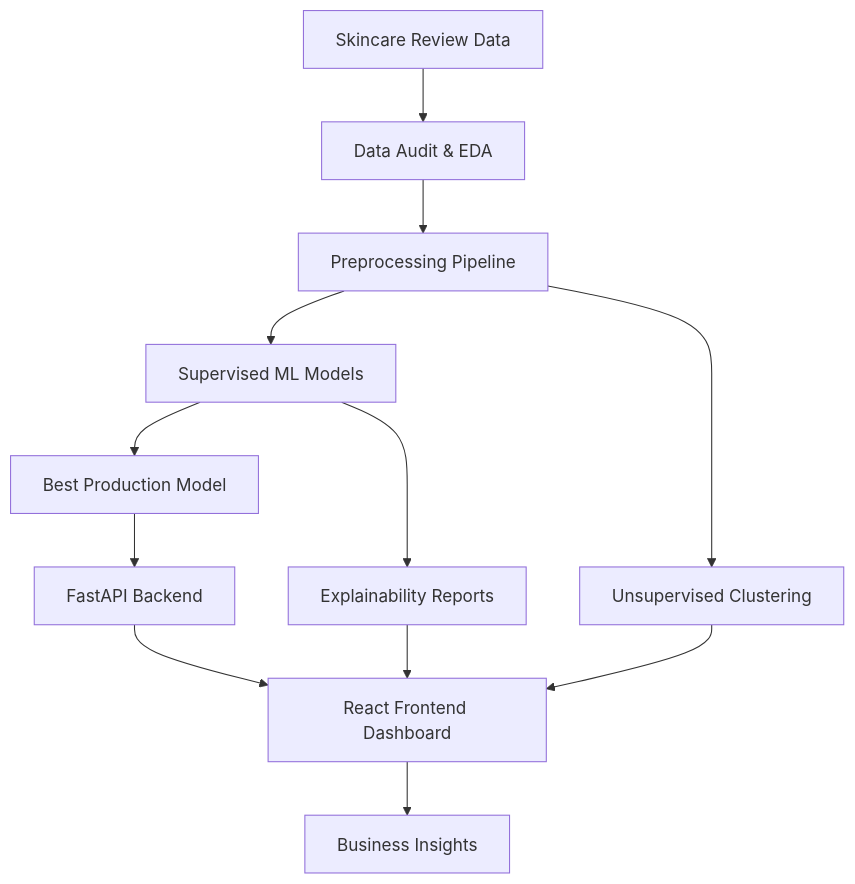
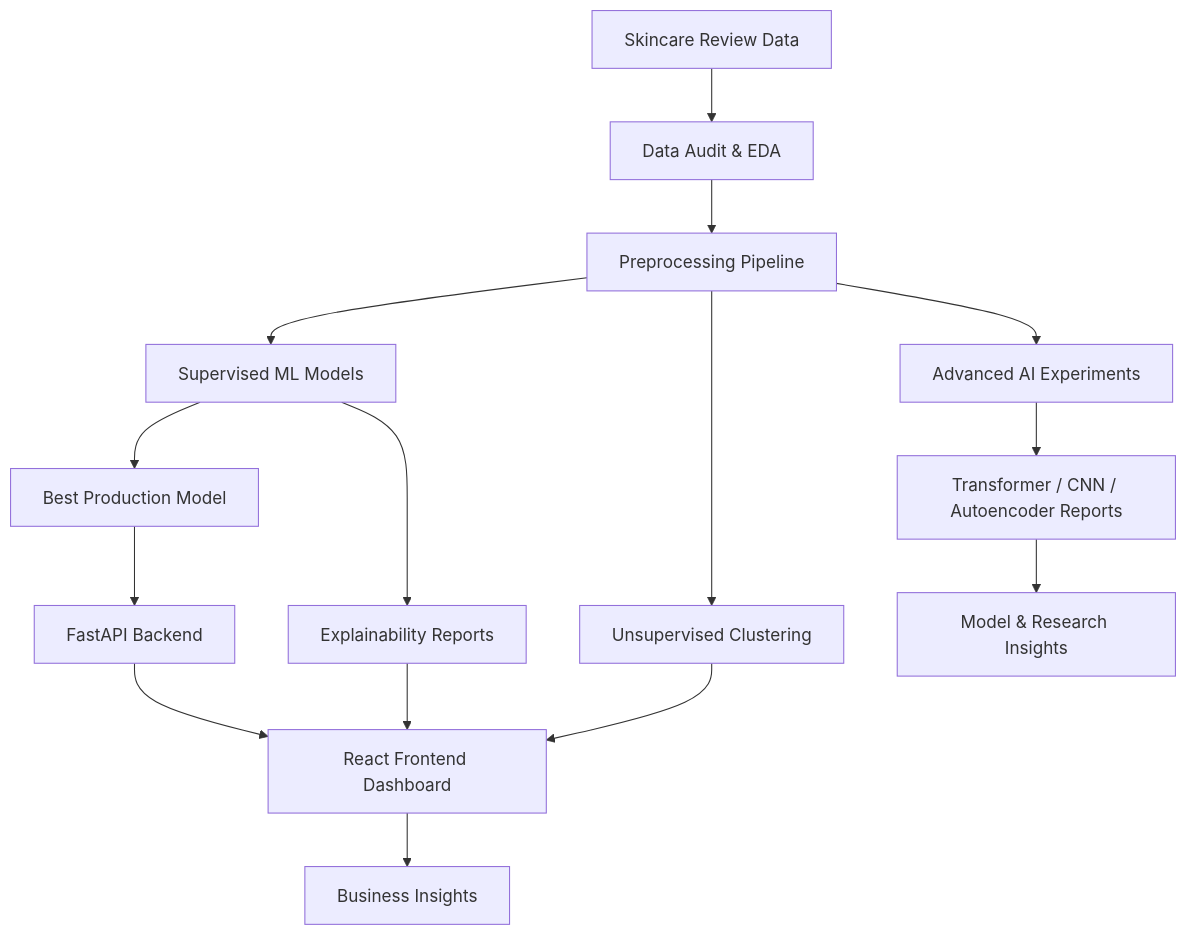
The first of 2 diagrams in README.md (mahtabb90/glowwise-ai), drawn with Mermaid before and after one commit. The commit also changed other lines of this file, not shown here.

````diff
--- a/README.md
+++ b/README.md
@@ -383,14 +545,17 @@
 ```mermaid
 flowchart TD
     A[Skincare Review Data] --> B[Data Audit & EDA]
     B --> C[Preprocessing Pipeline]
     C --> D[Supervised ML Models]
     C --> E[Unsupervised Clustering]
+    C --> K[Advanced AI Experiments]
     D --> F[Best Production Model]
     F --> G[FastAPI Backend]
     G --> H[React Frontend Dashboard]
     E --> H
     D --> I[Explainability Reports]
     I --> H
+    K --> L[Transformer / CNN / Autoencoder Reports]
+    L --> M[Model & Research Insights]
     H --> J[Business Insights]
 ```
````
